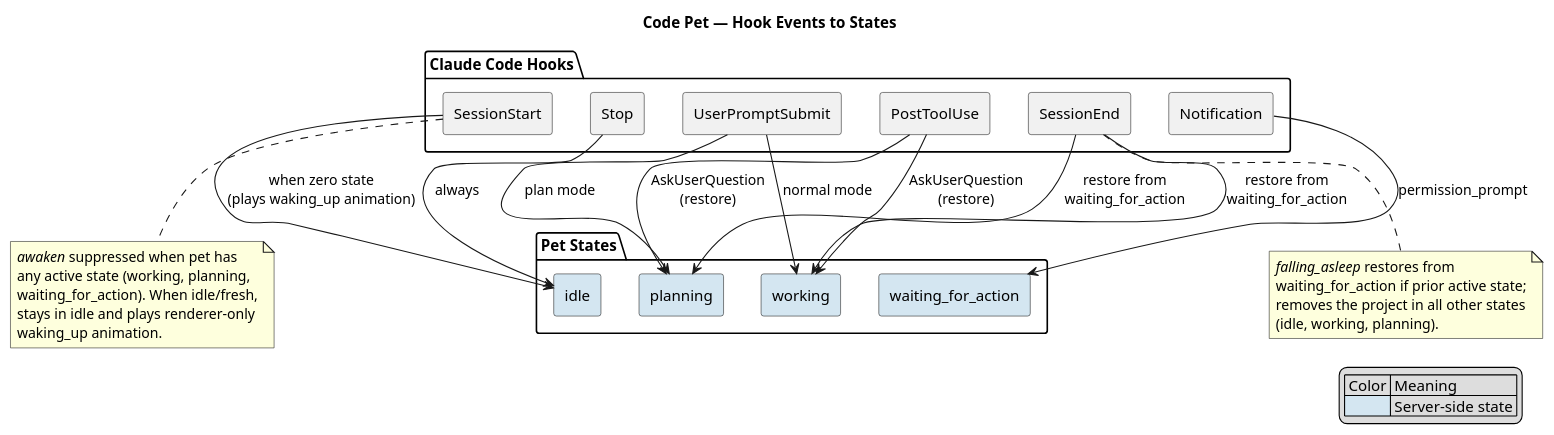
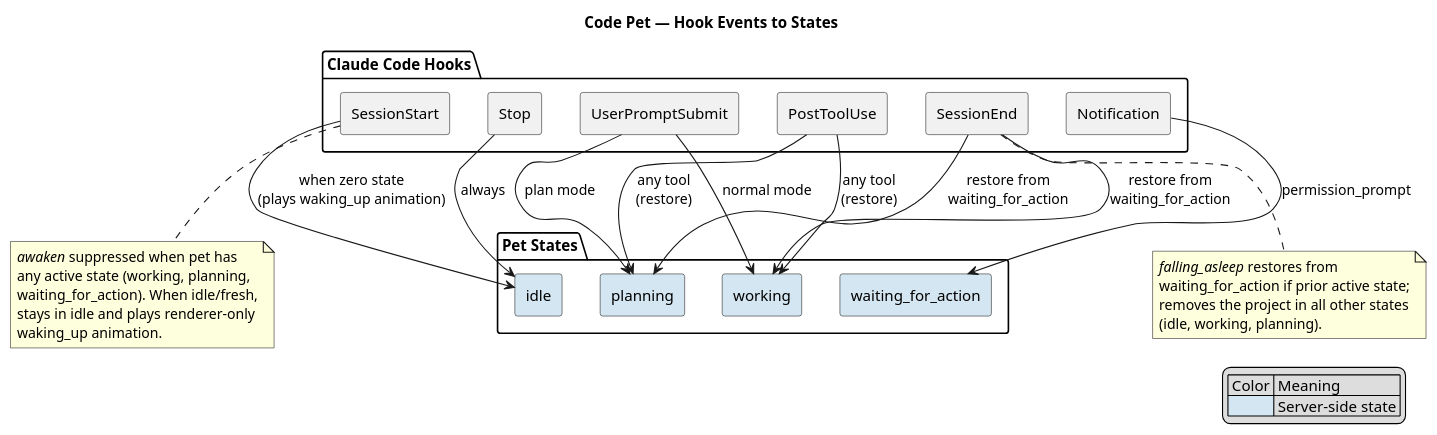
The second of 2 diagrams in docs/state-diagram.puml (mradovic95/code-pet), drawn with PlantUML before and after one commit. The commit also changed other lines of this file and 11 other files, not shown here.

Commit message:
switch postToolUse question asnwered to any tool used in waiting_for_action state

```diff
--- a/docs/state-diagram.puml
+++ b/docs/state-diagram.puml
@@ -61,52 +61,52 @@
 @startuml code-pet-events
 title Code Pet — Hook Events to States
 
 skinparam componentStyle rectangle
 
 package "Claude Code Hooks" {
   [SessionStart] as SS
   [SessionEnd] as SE
   [UserPromptSubmit] as PS
   [Notification] as NOTIF
   [PostToolUse] as PTU
   [Stop] as STOP
 }
 
 package "Pet States" {
   [working] #D4E6F1
   [planning] #D4E6F1
   [waiting_for_action] #D4E6F1
   [idle] #D4E6F1
 }
 
 SS --> [idle] : when zero state\n(plays waking_up animation)
 SE --> [working] : restore from\nwaiting_for_action
 SE --> [planning] : restore from\nwaiting_for_action
 PS --> [working] : normal mode
 PS --> [planning] : plan mode
 NOTIF --> [waiting_for_action] : permission_prompt
-PTU --> [working] : AskUserQuestion\n(restore)
-PTU --> [planning] : AskUserQuestion\n(restore)
+PTU --> [working] : any tool\n(restore)
+PTU --> [planning] : any tool\n(restore)
 STOP --> [idle] : always
 
 note bottom of SS
   //awaken// suppressed when pet has
   any active state (working, planning,
   waiting_for_action). When idle/fresh,
   stays in idle and plays renderer-only
   waking_up animation.
 end note
 
 note bottom of SE
   //falling_asleep// restores from
   waiting_for_action if prior active state;
   removes the project in all other states
   (idle, working, planning).
 end note
 
 legend right
   | Color | Meaning |
   | <#D4E6F1> | Server-side state |
 end legend
 
 @enduml
```
